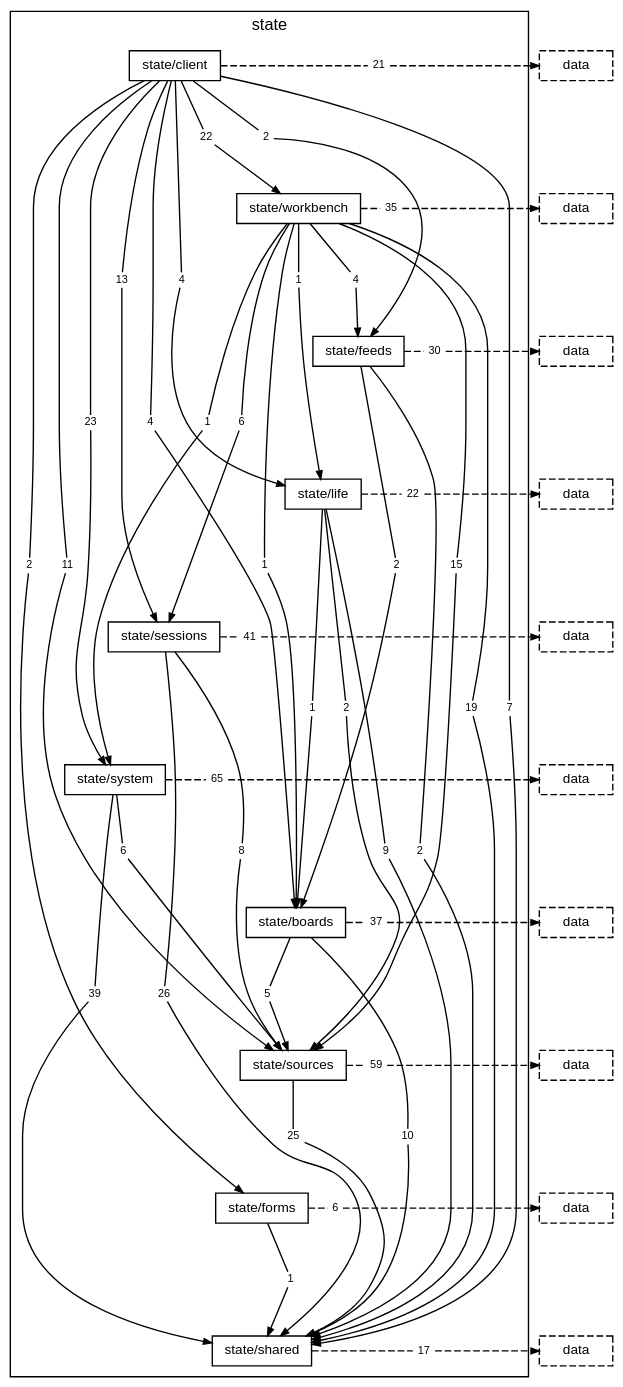
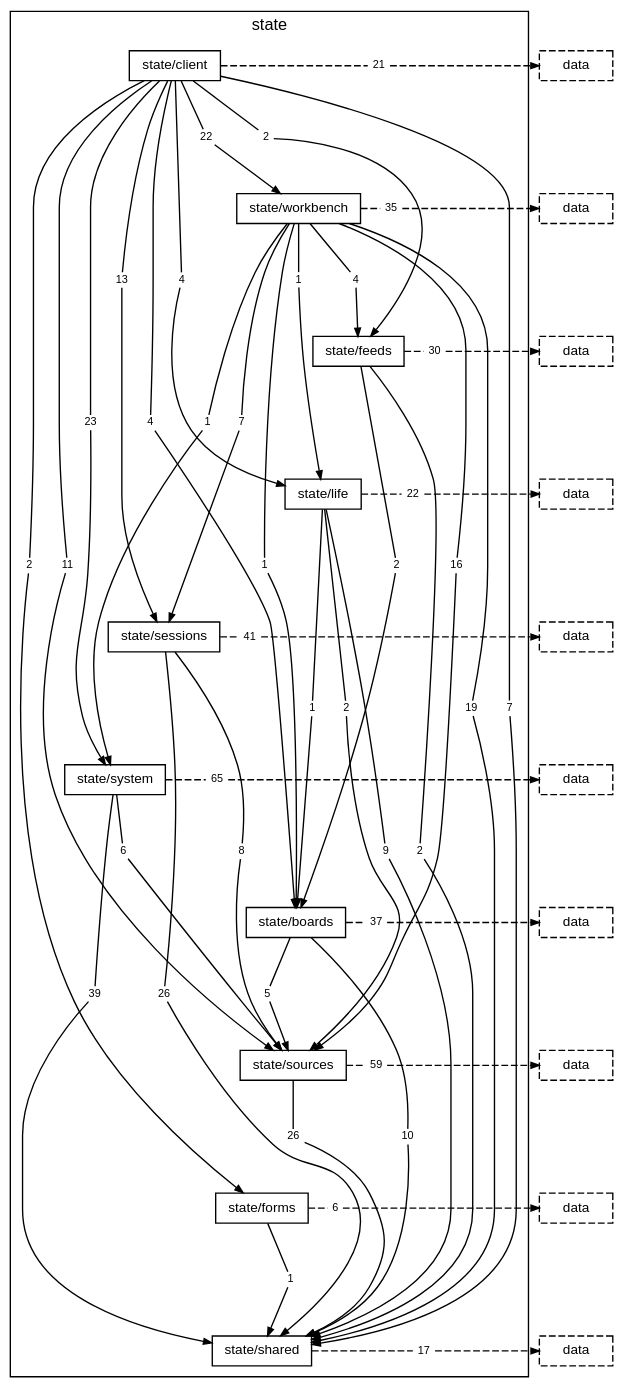
Before and after one commit to TheAxeC/oculus: the diagram in docs/diagrams/layer-state.dot, drawn with Graphviz. The commit also changed 40 other files, not shown here.

```diff
--- a/docs/diagrams/layer-state.dot
+++ b/docs/diagrams/layer-state.dot
@@ -27,9 +27,9 @@
         "folder state/workbench to folder state/boards" [label="1", shape=box, color="transparent", fontsize=8, width=0, height=0, margin="0.04,0.02"];
         "folder state/workbench to folder state/feeds" [label="4", shape=box, color="transparent", fontsize=8, width=0, height=0, margin="0.04,0.02"];
         "folder state/workbench to folder state/life" [label="1", shape=box, color="transparent", fontsize=8, width=0, height=0, margin="0.04,0.02"];
-        "folder state/workbench to folder state/sessions" [label="6", shape=box, color="transparent", fontsize=8, width=0, height=0, margin="0.04,0.02"];
+        "folder state/workbench to folder state/sessions" [label="7", shape=box, color="transparent", fontsize=8, width=0, height=0, margin="0.04,0.02"];
         "folder state/workbench to folder state/shared" [label="19", shape=box, color="transparent", fontsize=8, width=0, height=0, margin="0.04,0.02"];
-        "folder state/workbench to folder state/sources" [label="15", shape=box, color="transparent", fontsize=8, width=0, height=0, margin="0.04,0.02"];
+        "folder state/workbench to folder state/sources" [label="16", shape=box, color="transparent", fontsize=8, width=0, height=0, margin="0.04,0.02"];
         "folder state/workbench to folder state/system" [label="1", shape=box, color="transparent", fontsize=8, width=0, height=0, margin="0.04,0.02"];
         "folder state/workbench to layer data" [label="35", shape=box, color="transparent", fontsize=8, width=0, height=0, margin="0.04,0.02"];
         "folder state/feeds to folder state/boards" [label="2", shape=box, color="transparent", fontsize=8, width=0, height=0, margin="0.04,0.02"];
@@ -48,7 +48,7 @@
         "folder state/boards to folder state/shared" [label="10", shape=box, color="transparent", fontsize=8, width=0, height=0, margin="0.04,0.02"];
         "folder state/boards to folder state/sources" [label="5", shape=box, color="transparent", fontsize=8, width=0, height=0, margin="0.04,0.02"];
         "folder state/boards to layer data" [label="37", shape=box, color="transparent", fontsize=8, width=0, height=0, margin="0.04,0.02"];
-        "folder state/sources to folder state/shared" [label="25", shape=box, color="transparent", fontsize=8, width=0, height=0, margin="0.04,0.02"];
+        "folder state/sources to folder state/shared" [label="26", shape=box, color="transparent", fontsize=8, width=0, height=0, margin="0.04,0.02"];
         "folder state/sources to layer data" [label="59", shape=box, color="transparent", fontsize=8, width=0, height=0, margin="0.04,0.02"];
         "folder state/forms to folder state/shared" [label="1", shape=box, color="transparent", fontsize=8, width=0, height=0, margin="0.04,0.02"];
         "folder state/forms to layer data" [label="6", shape=box, color="transparent", fontsize=8, width=0, height=0, margin="0.04,0.02"];
```
